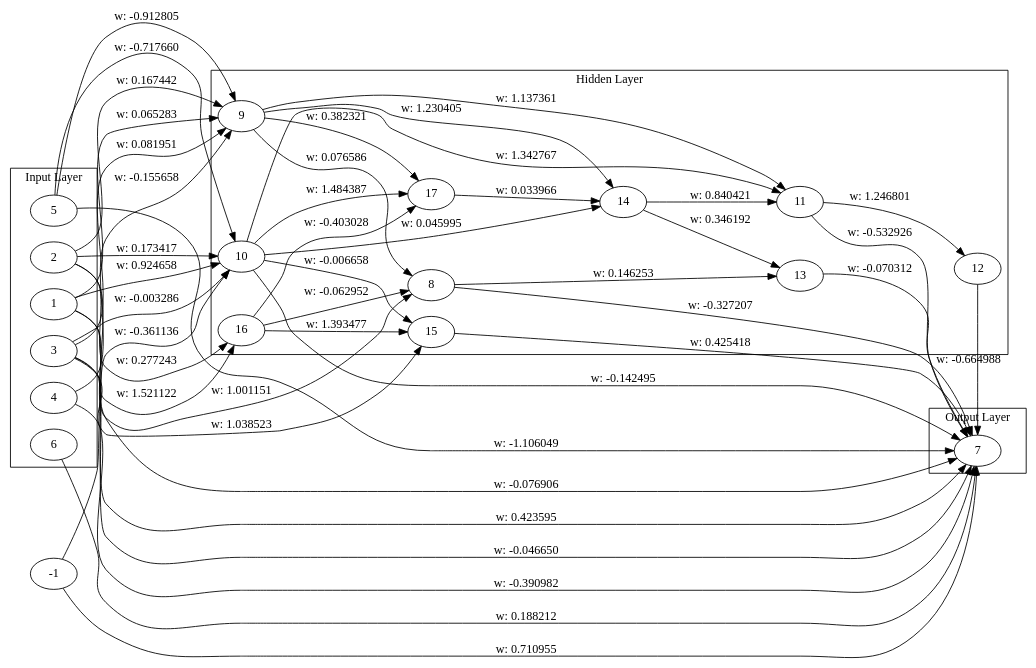
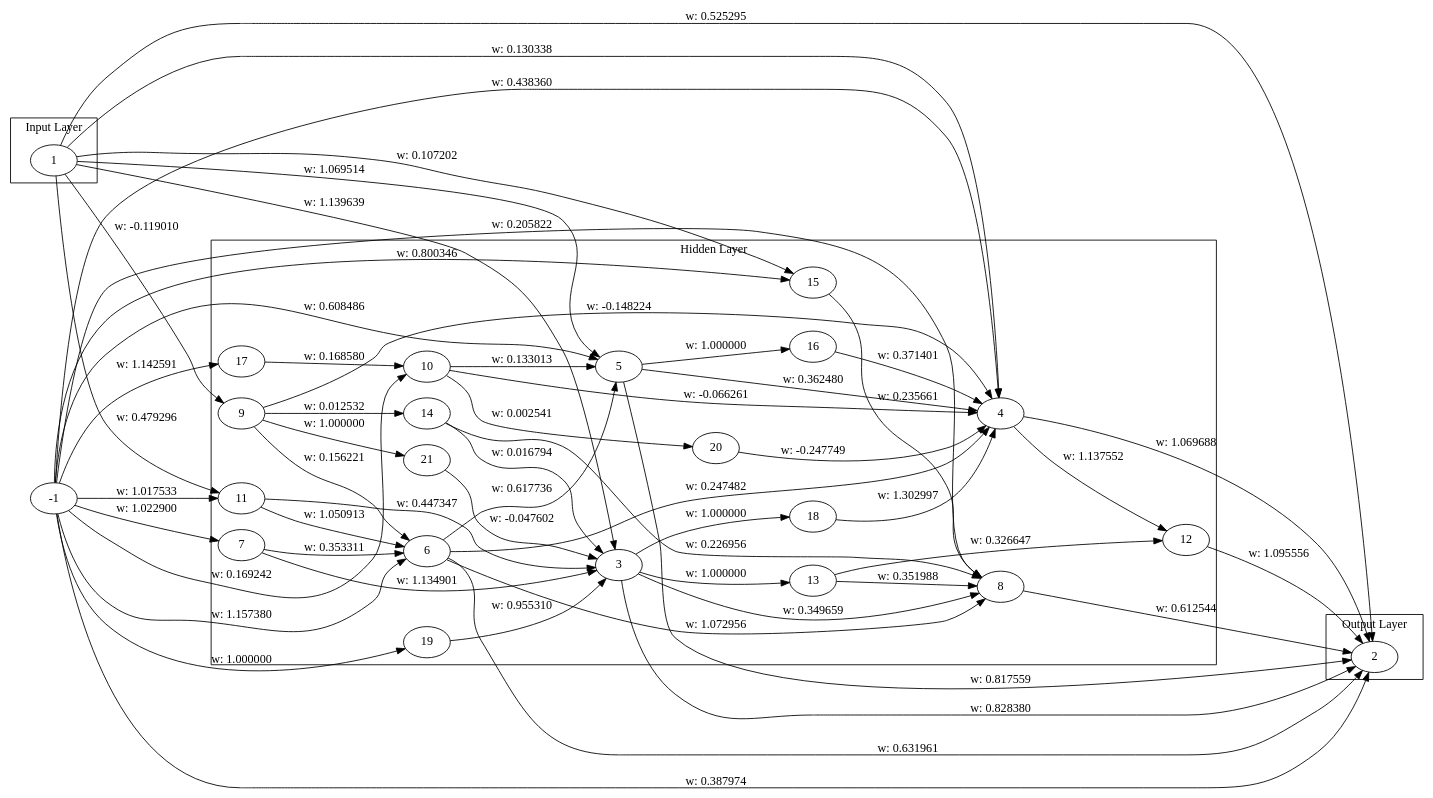
The diagram in genome_graph.dot (malikAkurtz/TradingSystem), drawn with Graphviz before and after one commit. The commit also changed 6 other files, not shown here.

```diff
--- a/genome_graph.dot
+++ b/genome_graph.dot
@@ -1,72 +1,88 @@
 digraph Genome {
   rankdir=LR;
   subgraph cluster_0 {
     label="Input Layer";
     1;
-    2;
+  }
+  subgraph cluster_1 {
+    label="Hidden Layer";
     3;
     4;
     5;
     6;
-  }
-  subgraph cluster_1 {
-    label="Hidden Layer";
+    7;
     8;
     9;
     10;
     11;
     12;
     13;
     14;
     15;
     16;
     17;
+    18;
+    19;
+    20;
+    21;
   }
   subgraph cluster_2 {
     label="Output Layer";
-    7;
+    2;
   }
-  1 -> 7 [label="w: 0.423595"];
-  2 -> 7 [label="w: -0.076906"];
-  3 -> 7 [label="w: -0.046650"];
-  4 -> 7 [label="w: -0.390982"];
-  5 -> 7 [label="w: -1.106049"];
-  6 -> 7 [label="w: 0.188212"];
-  -1 -> 7 [label="w: 0.710955"];
-  1 -> 8 [label="w: 1.001151"];
-  8 -> 7 [label="w: -0.327207"];
-  1 -> 9 [label="w: 0.065283"];
-  9 -> 8 [label="w: 0.076586"];
-  1 -> 10 [label="w: 0.924658"];
-  10 -> 7 [label="w: -0.142495"];
-  5 -> 9 [label="w: -0.912805"];
-  5 -> 10 [label="w: -0.717660"];
-  10 -> 11 [label="w: 1.342767"];
-  11 -> 7 [label="w: -0.532926"];
-  3 -> 10 [label="w: -0.003286"];
-  11 -> 12 [label="w: 1.246801"];
-  12 -> 7 [label="w: -0.664988"];
-  8 -> 13 [label="w: 0.146253"];
-  13 -> 7 [label="w: -0.070312"];
-  3 -> 9 [label="w: 0.081951"];
-  9 -> 11 [label="w: 1.137361"];
-  -1 -> 10 [label="w: -0.361136"];
-  9 -> 14 [label="w: 1.230405"];
-  14 -> 11 [label="w: 0.840421"];
-  2 -> 10 [label="w: 0.173417"];
-  4 -> 9 [label="w: -0.155658"];
-  2 -> 9 [label="w: 0.167442"];
-  10 -> 14 [label="w: 0.045995"];
-  3 -> 15 [label="w: 1.038523"];
-  15 -> 7 [label="w: 0.425418"];
-  3 -> 16 [label="w: 1.521122"];
-  16 -> 15 [label="w: 1.393477"];
-  2 -> 16 [label="w: 0.277243"];
-  14 -> 13 [label="w: 0.346192"];
-  16 -> 8 [label="w: -0.062952"];
-  10 -> 15 [label="w: -0.006658"];
-  10 -> 17 [label="w: 1.484387"];
-  17 -> 14 [label="w: 0.033966"];
-  9 -> 17 [label="w: 0.382321"];
-  16 -> 17 [label="w: -0.403028"];
+  1 -> 2 [label="w: 0.525295"];
+  -1 -> 2 [label="w: 0.387974"];
+  1 -> 3 [label="w: 1.139639"];
+  3 -> 2 [label="w: 0.828380"];
+  4 -> 2 [label="w: 1.069688"];
+  1 -> 4 [label="w: 0.130338"];
+  1 -> 5 [label="w: 1.069514"];
+  5 -> 2 [label="w: 0.817559"];
+  -1 -> 4 [label="w: 0.438360"];
+  -1 -> 5 [label="w: 0.608486"];
+  -1 -> 6 [label="w: 1.157380"];
+  6 -> 5 [label="w: 0.617736"];
+  6 -> 2 [label="w: 0.631961"];
+  6 -> 4 [label="w: 0.247482"];
+  -1 -> 7 [label="w: 1.022900"];
+  7 -> 3 [label="w: 1.134901"];
+  6 -> 8 [label="w: 1.072956"];
+  8 -> 2 [label="w: 0.612544"];
+  1 -> 9 [label="w: -0.119010"];
+  -1 -> 10 [label="w: 0.169242"];
+  10 -> 4 [label="w: -0.066261"];
+  5 -> 4 [label="w: 0.362480"];
+  10 -> 5 [label="w: 0.133013"];
+  9 -> 4 [label="w: -0.148224"];
+  -1 -> 11 [label="w: 1.017533"];
+  11 -> 6 [label="w: 1.050913"];
+  7 -> 6 [label="w: 0.353311"];
+  -1 -> 8 [label="w: 0.205822"];
+  3 -> 8 [label="w: 0.349659"];
+  4 -> 12 [label="w: 1.137552"];
+  12 -> 2 [label="w: 1.095556"];
+  11 -> 3 [label="w: 0.447347"];
+  9 -> 6 [label="w: 0.156221"];
+  3 -> 13 [label="w: 1.000000"];
+  13 -> 8 [label="w: 0.351988"];
+  9 -> 14 [label="w: 0.012532"];
+  14 -> 3 [label="w: 0.016794"];
+  13 -> 12 [label="w: 0.326647"];
+  1 -> 11 [label="w: 0.479296"];
+  -1 -> 15 [label="w: 0.800346"];
+  15 -> 8 [label="w: 0.235661"];
+  5 -> 16 [label="w: 1.000000"];
+  16 -> 4 [label="w: 0.371401"];
+  1 -> 15 [label="w: 0.107202"];
+  -1 -> 17 [label="w: 1.142591"];
+  17 -> 10 [label="w: 0.168580"];
+  14 -> 8 [label="w: 0.226956"];
+  3 -> 18 [label="w: 1.000000"];
+  18 -> 4 [label="w: 1.302997"];
+  -1 -> 19 [label="w: 1.000000"];
+  19 -> 3 [label="w: 0.955310"];
+  10 -> 20 [label="w: 0.002541"];
+  20 -> 4 [label="w: -0.247749"];
+  9 -> 21 [label="w: 1.000000"];
+  21 -> 3 [label="w: -0.047602"];
 }
```
